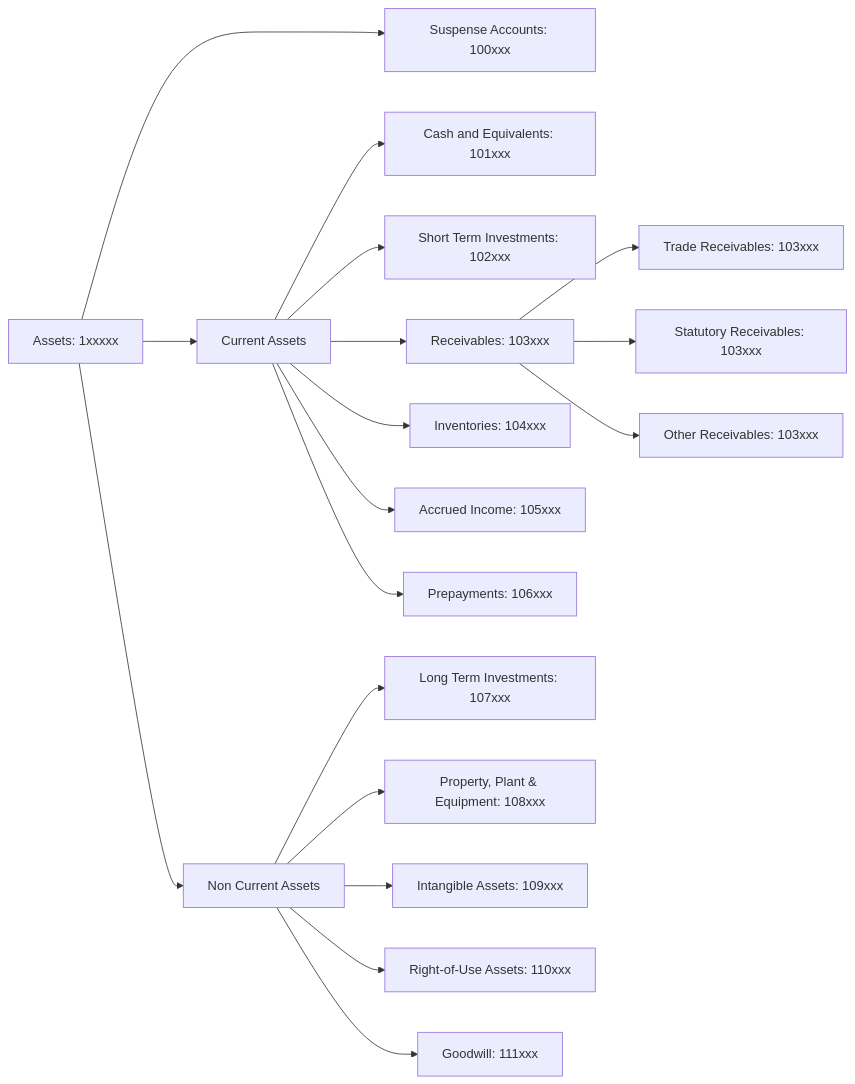
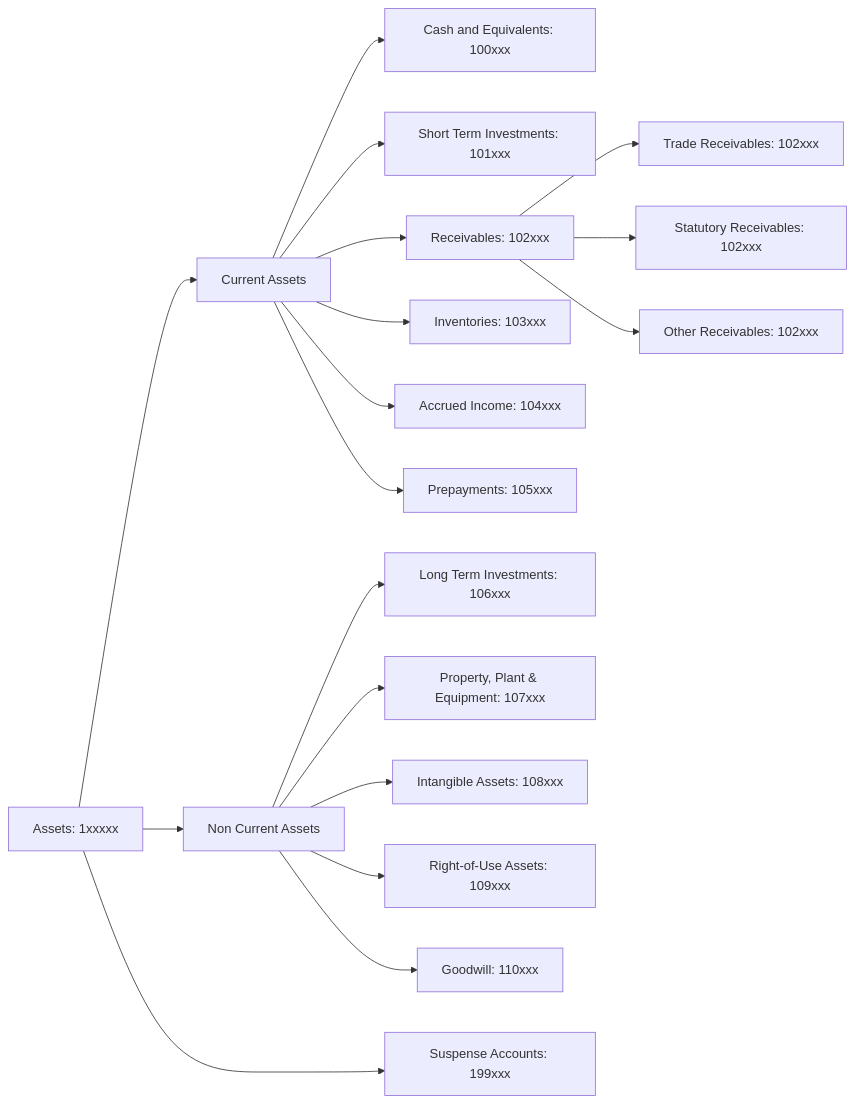
Before and after one commit to oosahon/ledgernova-core: the diagram in src/domain/accounting/__doc__/assets/coa-assets.mermaid, drawn with Mermaid. The commit also changed 2 other files, not shown here.

```diff
--- a/src/domain/accounting/__doc__/assets/coa-assets.mermaid
+++ b/src/domain/accounting/__doc__/assets/coa-assets.mermaid
@@ -1,25 +1,27 @@
 flowchart LR
-    Assets["Assets: 1xxxxx"] --> SuspenseAccounts & CAssets & NCAssets
+    Assets["Assets: 1xxxxx"] --> CAssets & NCAssets & SuspenseAccounts
 
-    SuspenseAccounts["Suspense Accounts: 100xxx"]
+    SuspenseAccounts["Suspense Accounts: 199xxx"]
     CAssets["Current Assets"]  
-        CAssets --> Cash["Cash and Equivalents: 101xxx"]
-        CAssets --> STInvestments["Short Term Investments: 102xxx"]
-        CAssets --> Receivables["Receivables: 103xxx"] 
-            Receivables --> TradeReceivables["Trade Receivables: 103xxx"]
-            Receivables --> StatutoryReceivables["Statutory Receivables: 103xxx"]
-            Receivables --> OtherReceivables["Other Receivables: 103xxx"]
+        CAssets --> Cash["Cash and Equivalents: 100xxx"]
+        CAssets --> STInvestments["Short Term Investments: 101xxx"]
+        CAssets --> Receivables["Receivables: 102xxx"] 
+            Receivables --> TradeReceivables["Trade Receivables: 102xxx"]
+            Receivables --> StatutoryReceivables["Statutory Receivables: 102xxx"]
+            Receivables --> OtherReceivables["Other Receivables: 102xxx"]
             
-        CAssets --> Inventories["Inventories: 104xxx"]
-        CAssets --> AccruedIncome["Accrued Income: 105xxx"]
-        CAssets --> Prepayments["Prepayments: 106xxx"]
+        CAssets --> Inventories["Inventories: 103xxx"]
+        CAssets --> AccruedIncome["Accrued Income: 104xxx"]
+        CAssets --> Prepayments["Prepayments: 105xxx"]
 
-    CAssets ~~~ SuspenseAccounts
+
       
 
     NCAssets["Non Current Assets"]
-        NCAssets --> LTInvestments["Long Term Investments: 107xxx"]
-        NCAssets --> PPE["Property, Plant & Equipment: 108xxx"]
-        NCAssets --> IntangibleAssets["Intangible Assets: 109xxx"]
-        NCAssets --> ROU["Right-of-Use Assets: 110xxx"]
-        NCAssets --> Goodwill["Goodwill: 111xxx"]
+        NCAssets --> LTInvestments["Long Term Investments: 106xxx"]
+        NCAssets --> PPE["Property, Plant & Equipment: 107xxx"]
+        NCAssets --> IntangibleAssets["Intangible Assets: 108xxx"]
+        NCAssets --> ROU["Right-of-Use Assets: 109xxx"]
+        NCAssets --> Goodwill["Goodwill: 110xxx"]
+        
+    NCAssets ~~~ SuspenseAccounts
```
